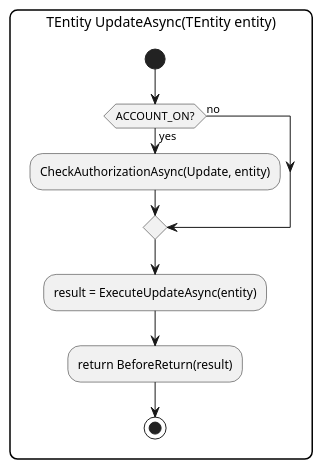
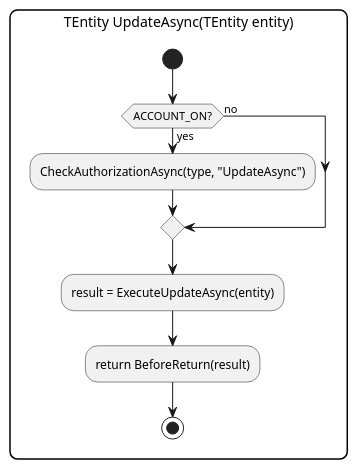
The diagram in QuickTemplate/Logic/AD_UpdateAsync.plantuml (leoggehrer/Documents), drawn with PlantUML before and after one commit. The commit also changed 7 other files, not shown here.

Commit message:
Added delete diagrams.

```diff
--- a/QuickTemplate/Logic/AD_UpdateAsync.plantuml
+++ b/QuickTemplate/Logic/AD_UpdateAsync.plantuml
@@ -1,18 +1,18 @@
 @startuml UpdateAsync
 skinparam {
     monoChrome false
     rectangleRoundCorner 15
     rectangleBackgroundColor #smokewithe
 }
 
 rectangle "TEntity UpdateAsync(TEntity entity)" { 
     start
     if (ACCOUNT_ON?) then (yes)
-        :CheckAuthorizationAsync(Update, entity);
+        :CheckAuthorizationAsync(type, "UpdateAsync");
     else (no)
     endif
     :result = ExecuteUpdateAsync(entity);
     :return BeforeReturn(result);
     stop
 }
 @enduml
```
